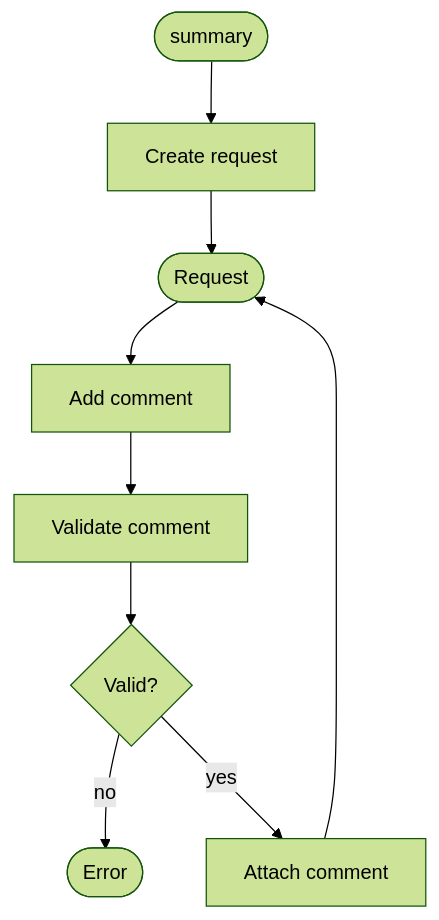
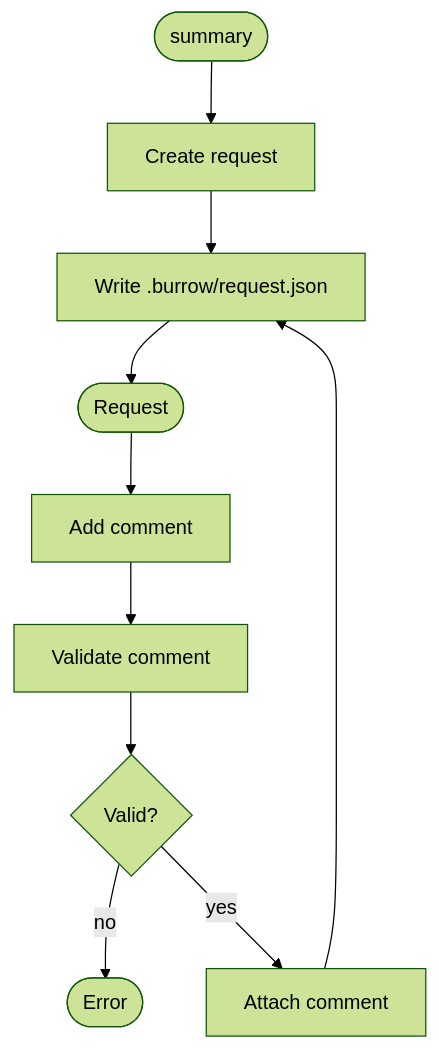
Before and after one commit to SamStudio8/burrow: the second of 4 diagrams in REQUIREMENTS.md, drawn with Mermaid (forest theme). The commit also changed other lines of this file, not shown here.

````diff
--- a/REQUIREMENTS.md
+++ b/REQUIREMENTS.md
@@ -55,12 +56,13 @@
 ```mermaid
 flowchart TD
     summary([summary])
     --> create_request[Create request]
+    --> write[Write .burrow/request.json]
     --> request([Request])
     --> add_comment[Add comment]
     --> validate[Validate comment]
     --> valid{Valid?}
     valid -- no --> error([Error])
     valid -- yes --> attach[Attach comment]
-    attach --> request
+    attach --> write
 ```
````
